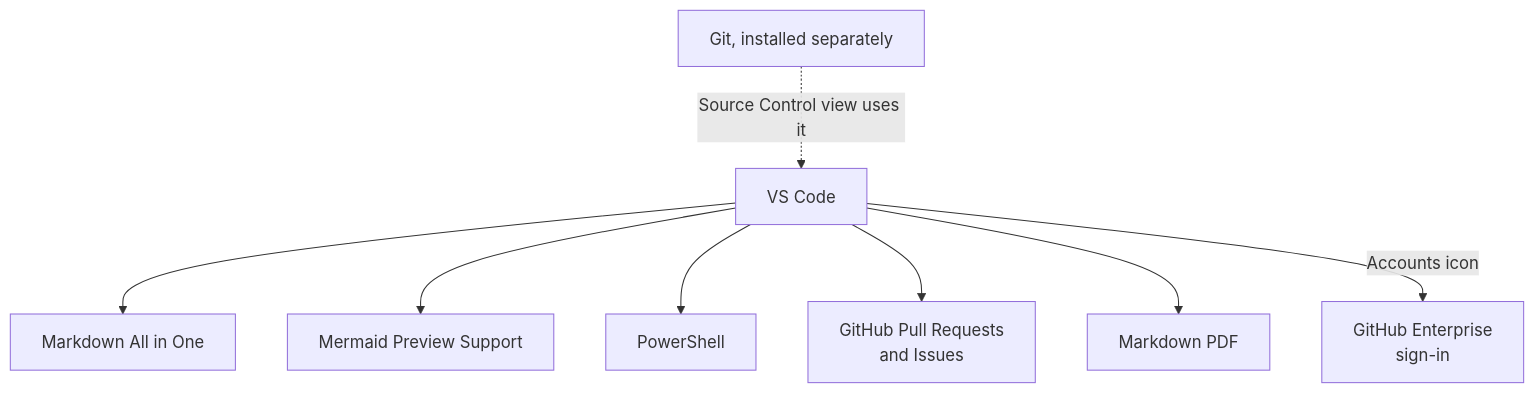
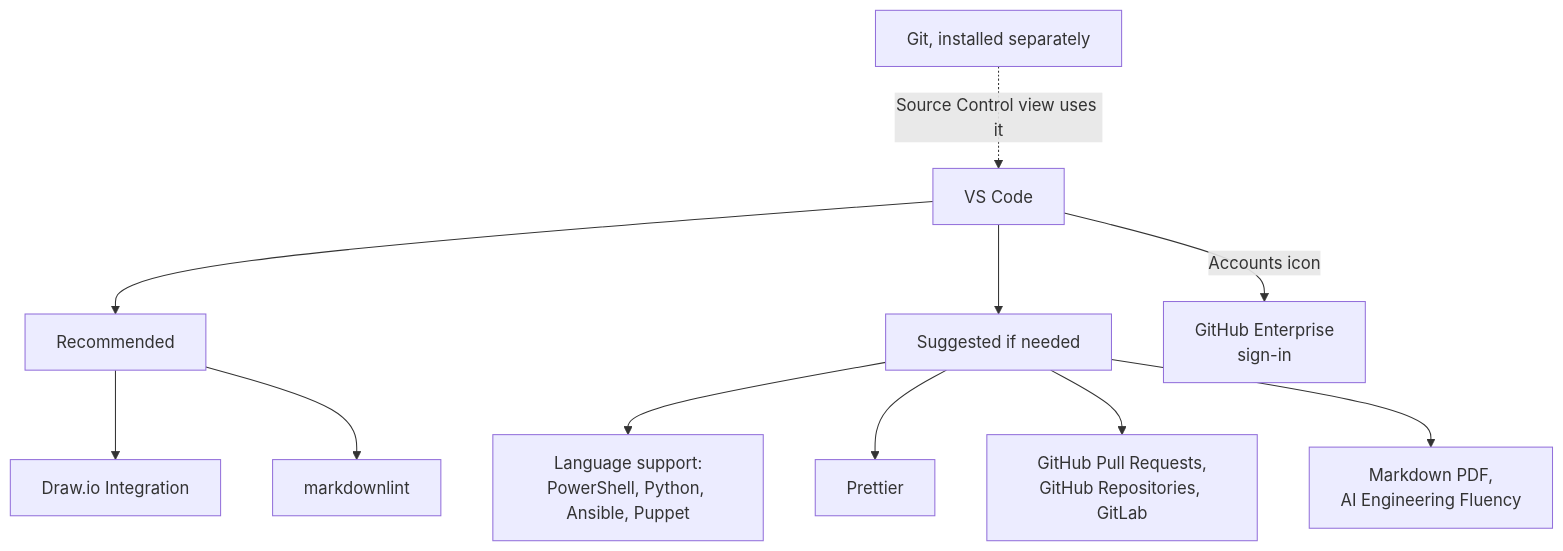
Before and after one commit to JeanKadang/DOC-GitHub-Practice-Skills: the second of 2 diagrams in education/0_prerequisites/setup-local-dev-environment.md, drawn with Mermaid. The commit also changed other lines of this file, not shown here.

First line of the commit message:
docs: replace the recommended VS Code extensions with the maintainer's list

````diff
--- a/education/0_prerequisites/setup-local-dev-environment.md
+++ b/education/0_prerequisites/setup-local-dev-environment.md
@@ -86,10 +106,13 @@
 ```mermaid
 flowchart TD
-    VSCode[VS Code] --> MD[Markdown All in One]
-    VSCode --> Mermaid[Mermaid Preview Support]
-    VSCode --> PS[PowerShell]
-    VSCode --> GH[GitHub Pull Requests<br/>and Issues]
-    VSCode --> PDF[Markdown PDF]
+    VSCode[VS Code] --> Rec[Recommended]
+    VSCode --> Sug[Suggested if needed]
+    Rec --> Drawio[Draw.io Integration]
+    Rec --> Lint[markdownlint]
+    Sug --> Lang[Language support:<br/>PowerShell, Python, Ansible, Puppet]
+    Sug --> Fmt[Prettier]
+    Sug --> Hosts[GitHub Pull Requests,<br/>GitHub Repositories, GitLab]
+    Sug --> Other[Markdown PDF,<br/>AI Engineering Fluency]
     VSCode -->|Accounts icon| GHE[GitHub Enterprise<br/>sign-in]
     Git[Git, installed separately] -.->|Source Control view uses it| VSCode
 ```
````
